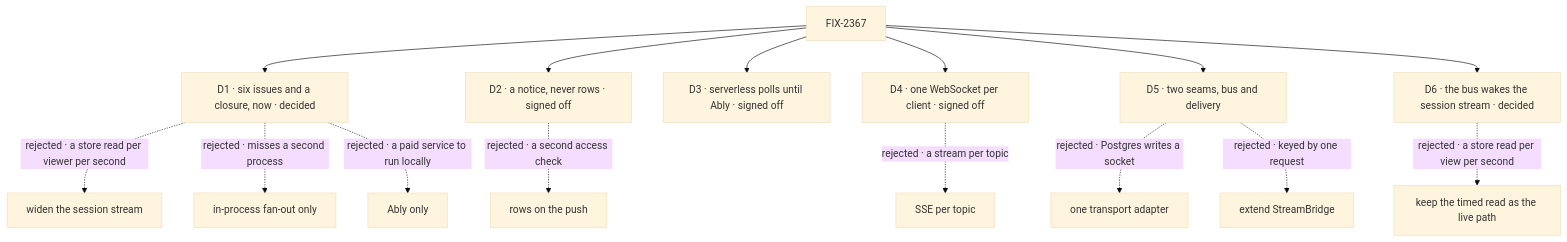
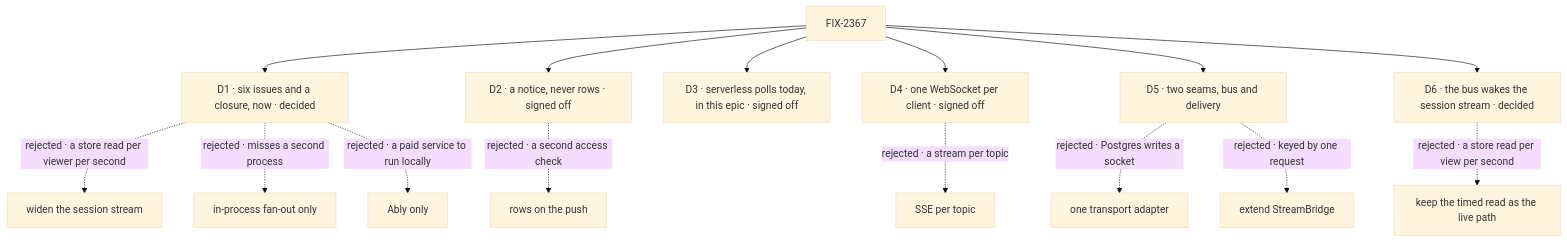
Before and after one commit to fixpoint-labs/flow-state-dev: the diagram in specs/epics/FIX-2367/DECISIONS.md, drawn with Mermaid (base theme). The commit also changed other lines of this file and 6 other files, not shown here.

First line of the commit message:
spec(FIX-2368): no Ably in the closure; epic amended (owner)

````diff
--- a/specs/epics/FIX-2367/DECISIONS.md
+++ b/specs/epics/FIX-2367/DECISIONS.md
@@ -11,17 +11,17 @@
 ```mermaid
 flowchart TD
   E["FIX-2367"] --> D1["D1 · six issues and a closure, now · decided"]
   D1 -.->|"rejected · a store read per viewer per second"| X1c["widen the session stream"]
   D1 -.->|"rejected · misses a second process"| X1["in-process fan-out only"]
   D1 -.->|"rejected · a paid service to run locally"| X1b["Ably only"]
   E --> D2["D2 · a notice, never rows · signed off"]
   D2 -.->|"rejected · a second access check"| X2["rows on the push"]
-  E --> D3["D3 · serverless polls until Ably · signed off"]
+  E --> D3["D3 · serverless polls today, in this epic · signed off"]
   E --> D4["D4 · one WebSocket per client · signed off"]
   D4 -.->|"rejected · a stream per topic"| X4["SSE per topic"]
   E --> D5["D5 · two seams, bus and delivery"]
   D5 -.->|"rejected · Postgres writes a socket"| X5["one transport adapter"]
   D5 -.->|"rejected · keyed by one request"| X5b["extend StreamBridge"]
   E --> D6["D6 · the bus wakes the session stream · decided"]
   D6 -.->|"rejected · a store read per view per second"| X6["keep the timed read as the live path"]
 ```
````
